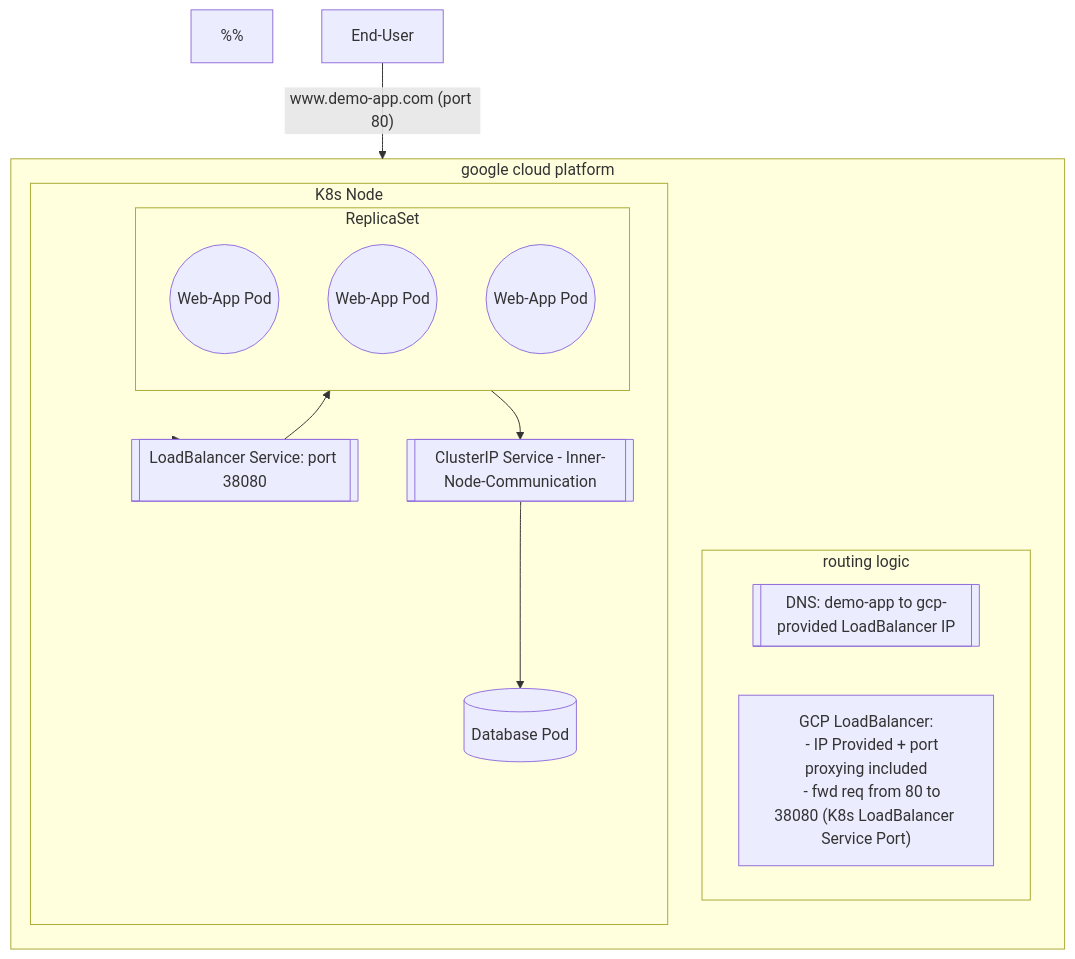
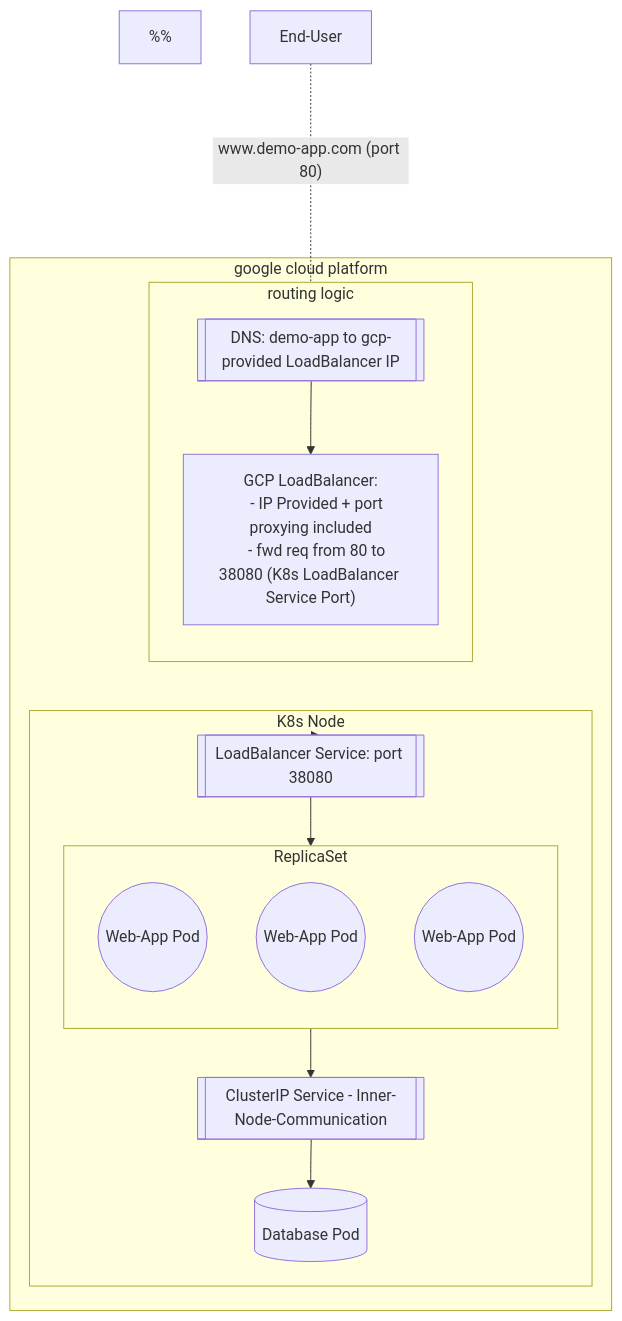
Before and after one commit to imagineLife/big-site: the sixth of 6 diagrams in content/k8s/in-depth/ingress.md, drawn with Mermaid.

Commit message:
dotted line

````diff
--- a/content/k8s/in-depth/ingress.md
+++ b/content/k8s/in-depth/ingress.md
@@ -198,47 +198,47 @@
 ```mermaid
 flowchart TD
   %%
   %%  Nodes
   %%
   USER[End-User]
   
   DNS[[DNS: demo-app to gcp-provided LoadBalancer IP]]
   GCPLB["GCP LoadBalancer:
     - IP Provided + port proxying included
     - fwd req from 80 to 38080 (K8s LoadBalancer Service Port)"]
 
   NPS[[LoadBalancer Service: port 38080]]
   APP((Web-App Pod))
   APP2((Web-App Pod))
   APP3((Web-App Pod))
   DBS[[ClusterIP Service - Inner-Node-Communication]]
   DB[(Database Pod)]
 
   subgraph RTNGL["routing logic"]
-    DNS
-    GCPLB 
+    direction TB
+    DNS --> GCPLB 
   end
 
   subgraph RS [ReplicaSet]
     direction TB
     APP
     APP2
     APP3
   end
 
   subgraph K8N["K8s Node"]
     NPS --> RS
     RS --> DBS
     DBS --> DB
   end
 
   subgraph GCP["google cloud platform"]
     RTNGL 
     K8N
   end
   
   
 
-  USER -- "www.demo-app.com (port 80)" --> GCP
+  USER -...- |"www.demo-app.com (port 80)"| DNS
   GCP --> NPS
 ```
````
